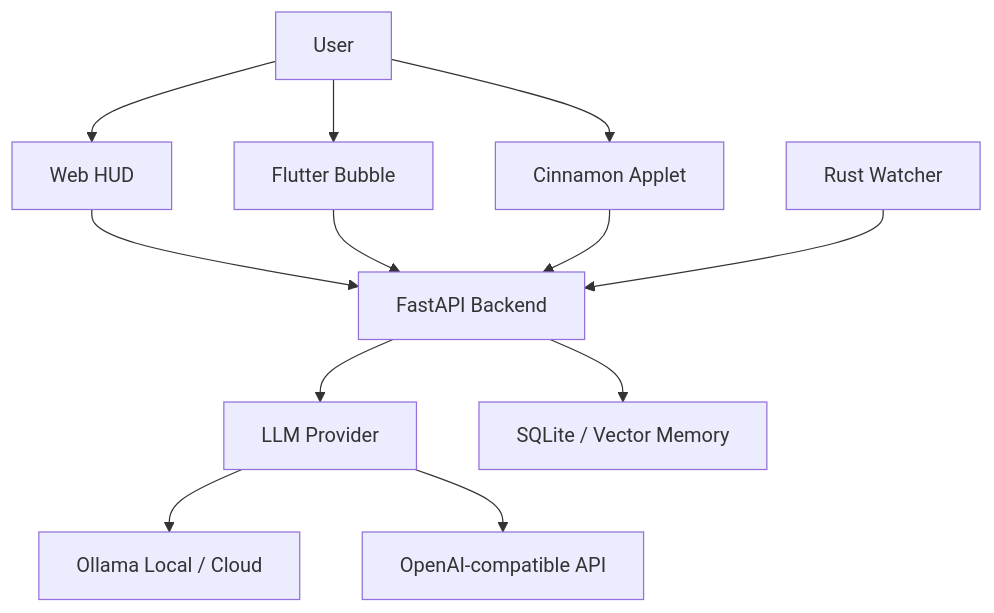
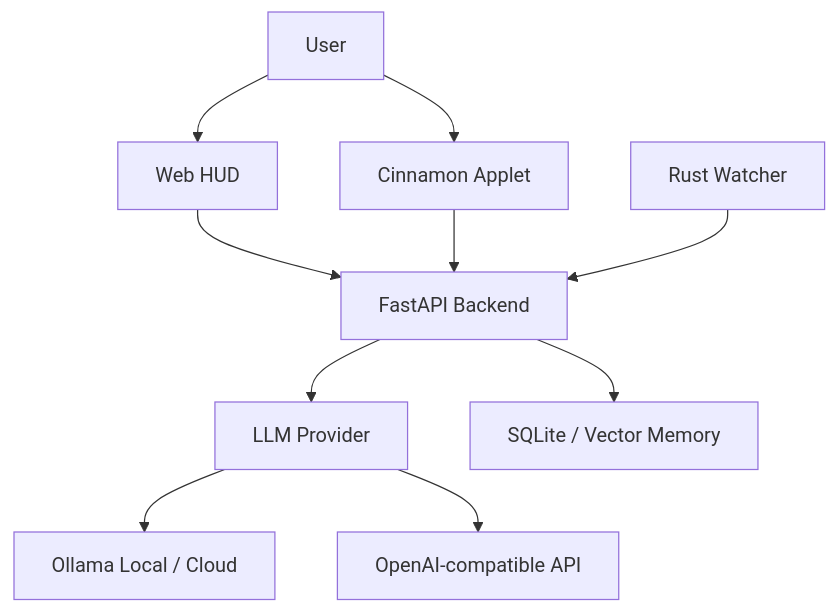
The diagram in README.md (zeusinfra/NEXUS), drawn with Mermaid before and after one commit. The commit also changed other lines of this file and 93 other files, not shown here.

````diff
--- a/README.md
+++ b/README.md
@@ -18,17 +20,15 @@
 ```mermaid
 graph TD
     User[User] --> WebHUD[Web HUD]
-    User --> Bubble[Flutter Bubble]
     User --> Applet[Cinnamon Applet]
 
     WebHUD --> API[FastAPI Backend]
-    Bubble --> API
     Applet --> API
 
     API --> LLM[LLM Provider]
     API --> Memory[SQLite / Vector Memory]
     Watcher[Rust Watcher] --> API
 
     LLM --> Ollama[Ollama Local / Cloud]
     LLM --> OpenAI[OpenAI-compatible API]
 ```
````
